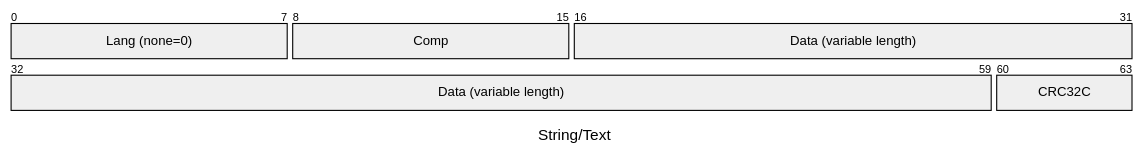
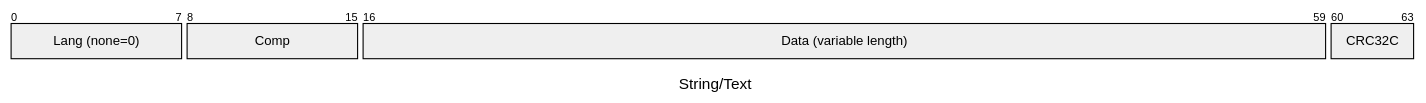
The first of 2 diagrams in docs/db/text.md (atelier-saulx/based), drawn with Mermaid before and after one commit. The commit also changed other lines of this file, not shown here.

````diff
--- a/docs/db/text.md
+++ b/docs/db/text.md
@@ -59,8 +59,9 @@
 ```mermaid
+%%{init: { 'packet': {'bitWidth': 20, 'bitsPerRow': 64} } }%%
 packet-beta
 title String/Text
 0-7: "Lang (none=0)"
 8-15: "Comp"
 16-59: "Data (variable length)"
 60-63: "CRC32C"
 ```
````
